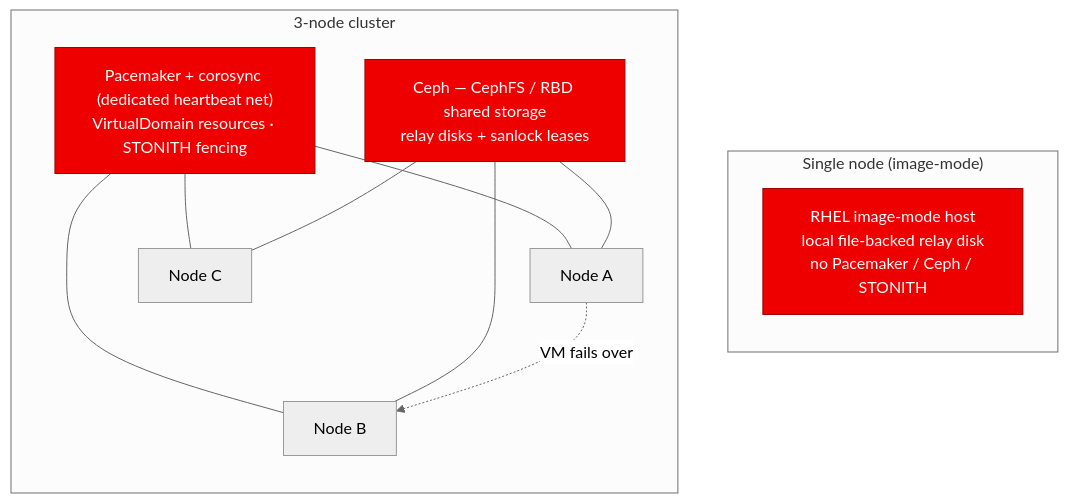
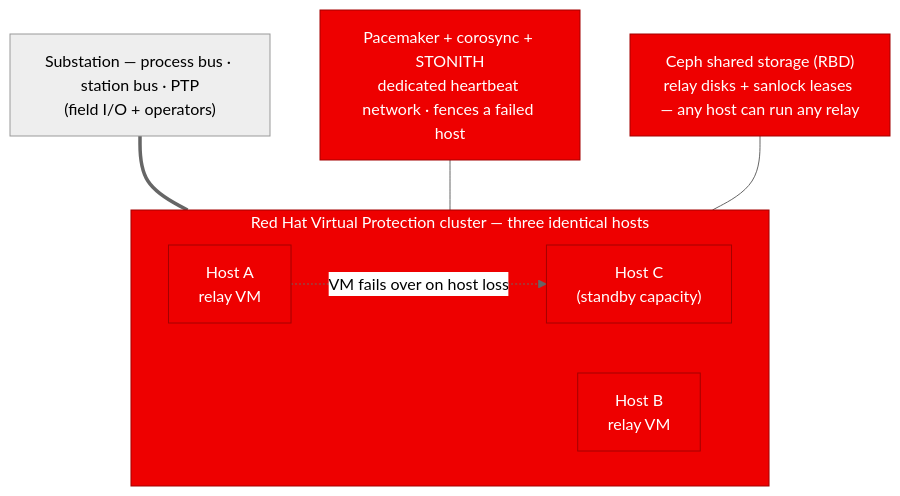
One commit to RedHatEdge/virtual-protection changed the second of 2 diagrams in REFERENCE-ARCHITECTURE.md. Above: the diagram before and after it, drawn with Mermaid (neutral theme). The commit also changed other lines of this file, not shown here.

First line of the commit message:
docs: refocus reference architecture on single-node and HA topologies

````diff
--- a/REFERENCE-ARCHITECTURE.md
+++ b/REFERENCE-ARCHITECTURE.md
@@ -148,22 +54,22 @@
 ```mermaid
 flowchart TB
-    subgraph SINGLE["Single node (image-mode)"]
-        direction TB
-        S1["RHEL image-mode host<br/>local file-backed relay disk<br/>no Pacemaker / Ceph / STONITH"]
+    SUB["Substation — process bus · station bus · PTP<br/>(field I/O + operators)"]
+
+    subgraph CLUSTER["Red Hat Virtual Protection cluster — three identical hosts"]
+        direction LR
+        N1["Host A<br/>relay VM"]
+        N2["Host B<br/>relay VM"]
+        N3["Host C<br/>(standby capacity)"]
     end
 
-    subgraph CLUSTER["3-node cluster"]
-        direction TB
-        PCS["Pacemaker + corosync (dedicated heartbeat net)<br/>VirtualDomain resources · STONITH fencing"]
-        CEPH["Ceph — CephFS / RBD shared storage<br/>relay disks + sanlock leases"]
-        N1["Node A"]
-        N2["Node B"]
-        N3["Node C"]
-        PCS --- N1 & N2 & N3
-        CEPH --- N1 & N2 & N3
-        N1 -. "VM fails over" .-> N2
-    end
+    PCS["Pacemaker + corosync + STONITH<br/>dedicated heartbeat network · fences a failed host"]
+    CEPH["Ceph shared storage (RBD)<br/>relay disks + sanlock leases — any host can run any relay"]
+
+    SUB === CLUSTER
+    PCS --- CLUSTER
+    CEPH --- CLUSTER
+    N1 -. "VM fails over on host loss" .-> N3
 
     classDef rh fill:#ee0000,stroke:#a30000,color:#fff;
-    class S1,PCS,CEPH rh;
+    class CLUSTER,N1,N2,N3,PCS,CEPH rh;
 ```
````
